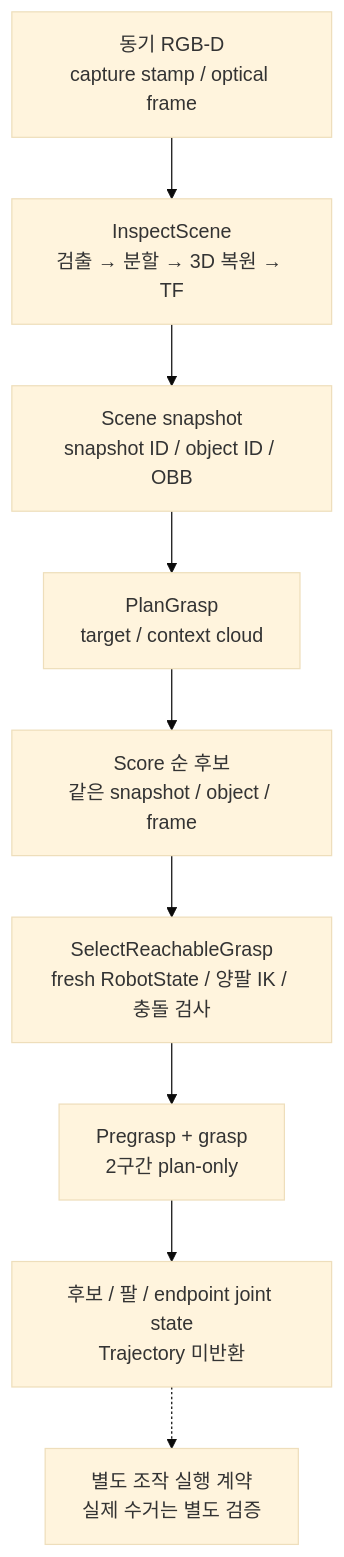
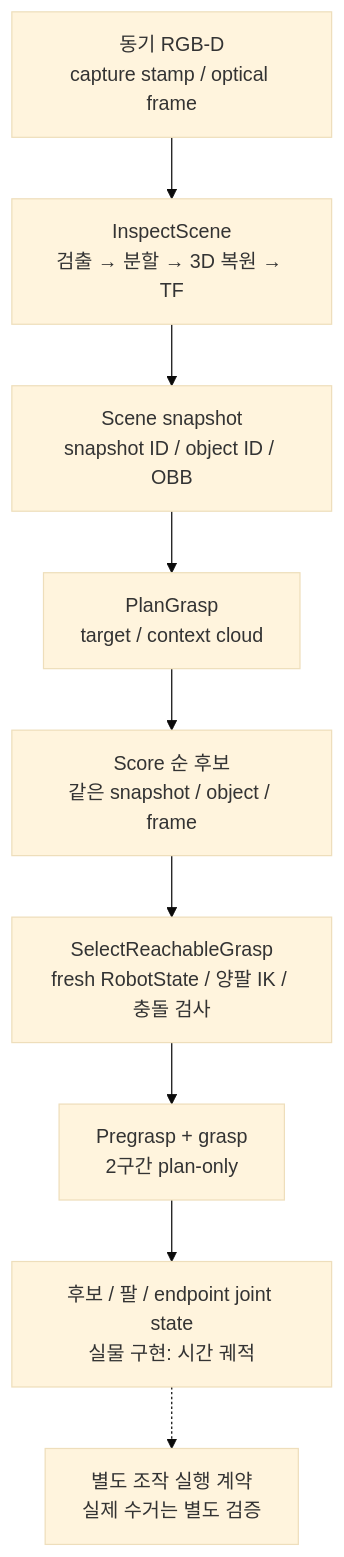
The diagram in ros2_ws/src/cleany_interfaces/docs/scene-and-grasp.md (asm17-moving-agent/cleany), drawn with Mermaid (base theme) before and after one commit. The commit also changed other lines of this file and 242 other files, not shown here.

````diff
--- a/ros2_ws/src/cleany_interfaces/docs/scene-and-grasp.md
+++ b/ros2_ws/src/cleany_interfaces/docs/scene-and-grasp.md
@@ -7,11 +7,11 @@
 ```mermaid
 flowchart TB
     RGBD["동기 RGB-D<br/>capture stamp / optical frame"] --> Inspect["InspectScene<br/>검출 → 분할 → 3D 복원 → TF"]
     Inspect --> Snapshot["Scene snapshot<br/>snapshot ID / object ID / OBB"]
     Snapshot --> Plan["PlanGrasp<br/>target / context cloud"]
     Plan --> Candidates["Score 순 후보<br/>같은 snapshot / object / frame"]
     Candidates --> Select["SelectReachableGrasp<br/>fresh RobotState / 양팔 IK / 충돌 검사"]
     Select --> Check["Pregrasp + grasp<br/>2구간 plan-only"]
-    Check --> Result["후보 / 팔 / endpoint joint state<br/>Trajectory 미반환"]
+    Check --> Result["후보 / 팔 / endpoint joint state<br/>실물 구현: 시간 궤적"]
     Result -.-> Execution["별도 조작 실행 계약<br/>실제 수거는 별도 검증"]
 ```
````
